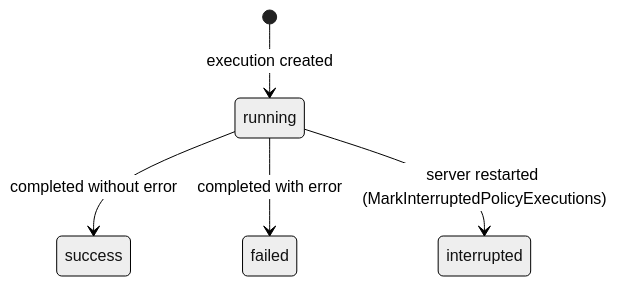
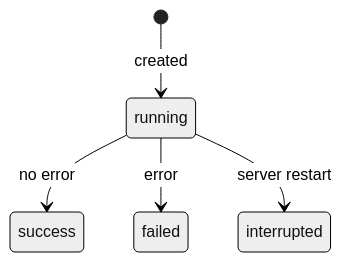
One commit to MacXsimilian/kube-phoenix changed the second of 3 diagrams in docs/backend-dev-guide.md. Above: the diagram before and after it, drawn with Mermaid (neutral theme). The commit also changed other lines of this file, not shown here.

First line of the commit message:
docs: shorten state diagram transition labels in backend dev guide

````diff
--- a/docs/backend-dev-guide.md
+++ b/docs/backend-dev-guide.md
@@ -644,7 +644,7 @@
 ```mermaid
 stateDiagram-v2
-    [*] --> running: execution created
-    running --> success: completed without error
-    running --> failed: completed with error
-    running --> interrupted: server restarted (MarkInterruptedPolicyExecutions)
+    [*] --> running: created
+    running --> success: no error
+    running --> failed: error
+    running --> interrupted: server restart
 ```
````
